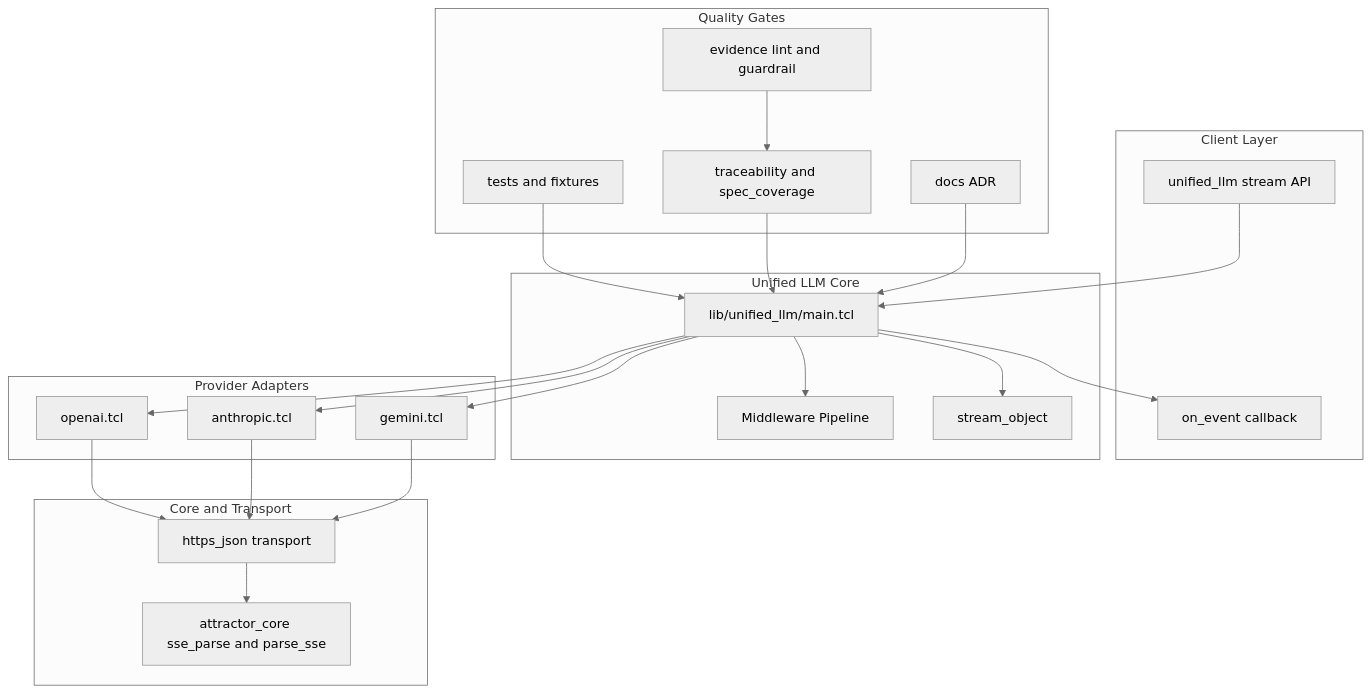
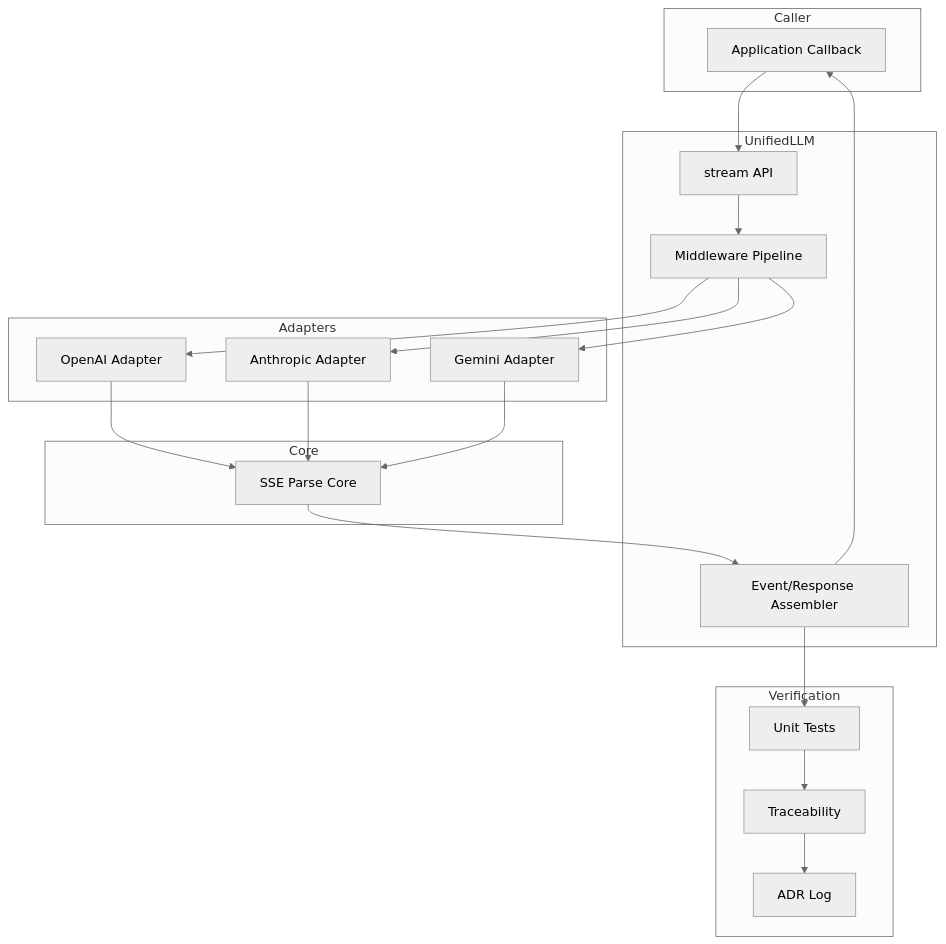
The fifth of 5 diagrams in docs/sprints/SPRINT-005-comprehensive-implementation-plan.md (jaytaylor/attractor-tcl), drawn with Mermaid (neutral theme) before and after one commit. The commit also changed other lines of this file, not shown here.

Commit message:
docs(sprint-005): complete comprehensive implementation plan with verified evidence matrix

````diff
--- a/docs/sprints/SPRINT-005-comprehensive-implementation-plan.md
+++ b/docs/sprints/SPRINT-005-comprehensive-implementation-plan.md
@@ -1256,47 +1087,42 @@
 ```mermaid
 flowchart TB
-    subgraph Client[Client Layer]
-        API[unified_llm stream API]
-        CB[on_event callback]
-    end
+  subgraph Caller
+    C1[Application Callback]
+  end
 
-    subgraph Core[Unified LLM Core]
-        MAIN[lib/unified_llm/main.tcl]
-        MID[Middleware Pipeline]
-        OBJ[stream_object]
-    end
+  subgraph UnifiedLLM
+    U1[stream API]
+    U2[Middleware Pipeline]
+    U3[Event/Response Assembler]
+  end
 
-    subgraph Providers[Provider Adapters]
-        OA[openai.tcl]
-        AN[anthropic.tcl]
-        GM[gemini.tcl]
-    end
+  subgraph Adapters
+    OAI[OpenAI Adapter]
+    ANT[Anthropic Adapter]
+    GEM[Gemini Adapter]
+  end
 
-    subgraph Infra[Core and Transport]
-        SSEP[attractor_core sse_parse and parse_sse]
-        HTTP[https_json transport]
-    end
+  subgraph Core
+    CORE[SSE Parse Core]
+  end
 
-    subgraph Quality[Quality Gates]
-        TESTS[tests and fixtures]
-        TRACE[traceability and spec_coverage]
-        EVID[evidence lint and guardrail]
-        ADR[docs ADR]
-    end
+  subgraph Verification
+    TST[Unit Tests]
+    TRC[Traceability]
+    ADR[ADR Log]
+  end
 
-    API --> MAIN
-    MAIN --> MID
-    MAIN --> OBJ
-    MAIN --> OA
-    MAIN --> AN
-    MAIN --> GM
-    OA --> HTTP
-    AN --> HTTP
-    GM --> HTTP
-    HTTP --> SSEP
-    MAIN --> CB
-    TESTS --> MAIN
-    TRACE --> MAIN
-    EVID --> TRACE
-    ADR --> MAIN
+  C1 --> U1
+  U1 --> U2
+  U2 --> OAI
+  U2 --> ANT
+  U2 --> GEM
+  OAI --> CORE
+  ANT --> CORE
+  GEM --> CORE
+  CORE --> U3
+  U3 --> C1
+  U3 --> TST
+  TST --> TRC
+  TRC --> ADR
 ```
````
